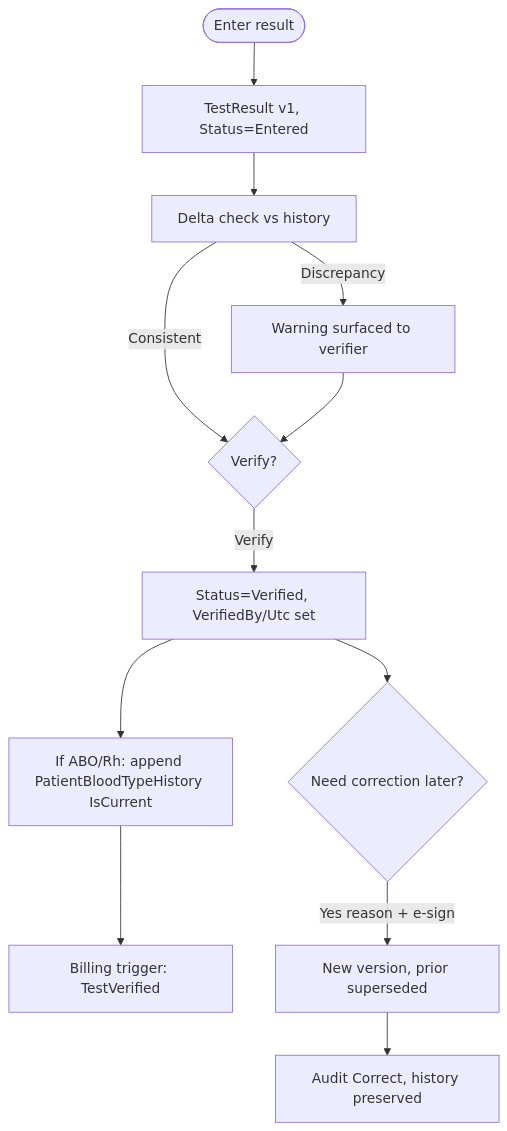
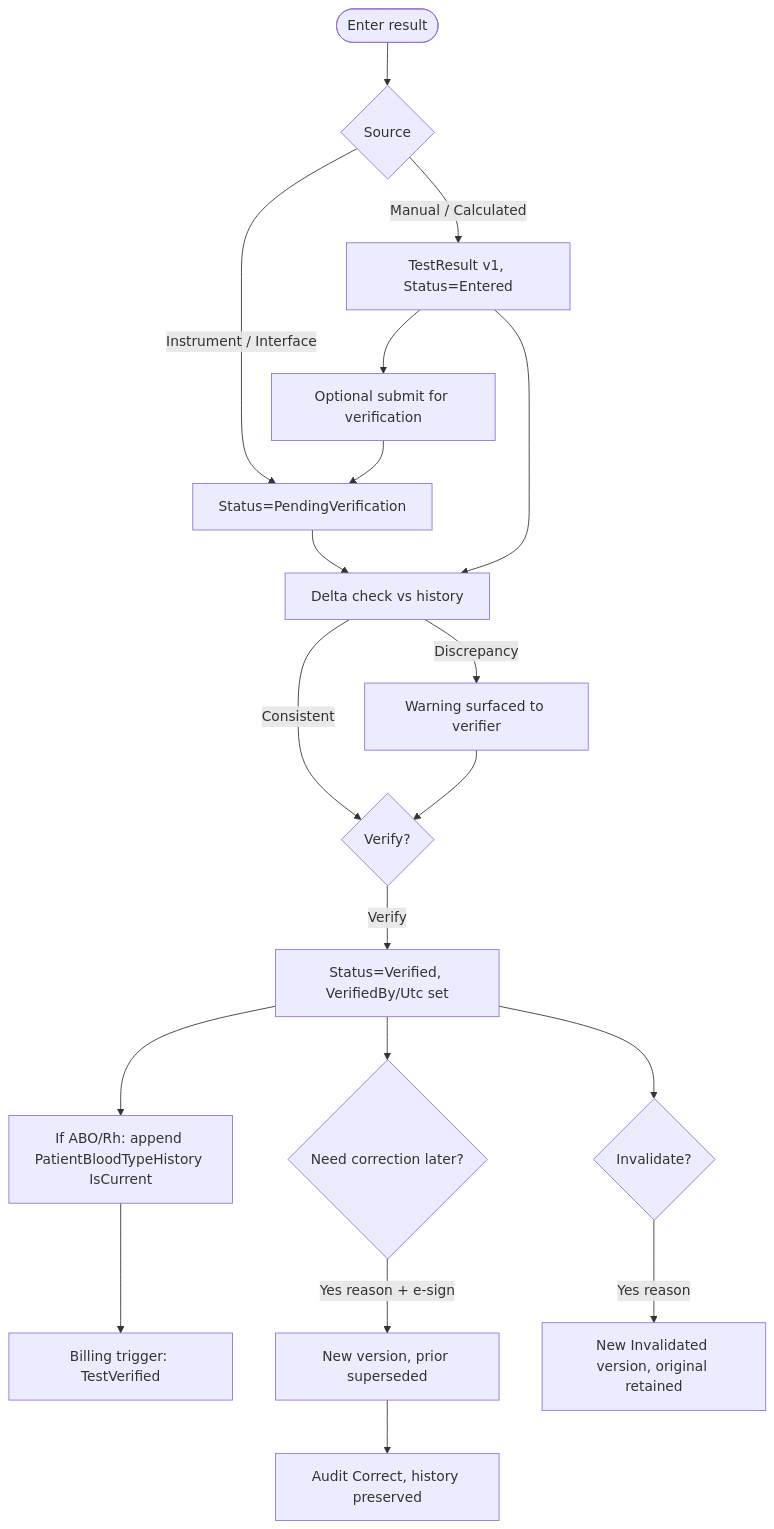
One commit to drpitts13/greyhound-blood-bank-system changed the third of 11 diagrams in docs/workflows.md. Above: the diagram before and after it, drawn with Mermaid. The commit also changed other lines of this file and 10 other files, not shown here.

````diff
--- a/docs/workflows.md
+++ b/docs/workflows.md
@@ -76,14 +76,21 @@
 ```mermaid
 flowchart TD
-    a([Enter result]) --> b[TestResult v1, Status=Entered]
-    b --> c[Delta check vs history]
+    a([Enter result]) --> src{Source}
+    src -->|Manual / Calculated| b[TestResult v1, Status=Entered]
+    src -->|Instrument / Interface| p[Status=PendingVerification]
+    b --> s[Optional submit for verification]
+    s --> p
+    p --> c[Delta check vs history]
+    b --> c
     c -->|Discrepancy| w[Warning surfaced to verifier]
     c -->|Consistent| v
     w --> v{Verify?}
     v -->|Verify| d[Status=Verified, VerifiedBy/Utc set]
     d --> e[If ABO/Rh: append PatientBloodTypeHistory IsCurrent]
     e --> f[Billing trigger: TestVerified]
     d --> g{Need correction later?}
     g -->|Yes reason + e-sign| h[New version, prior superseded]
     h --> i[Audit Correct, history preserved]
+    d --> j{Invalidate?}
+    j -->|Yes reason| k[New Invalidated version, original retained]
 ```
````
